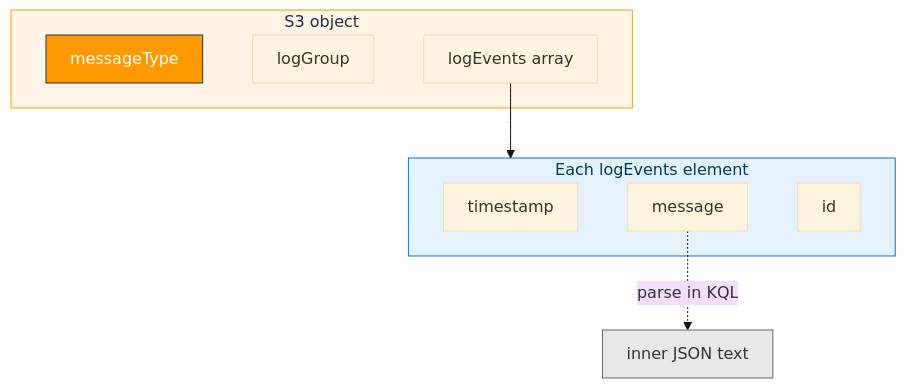
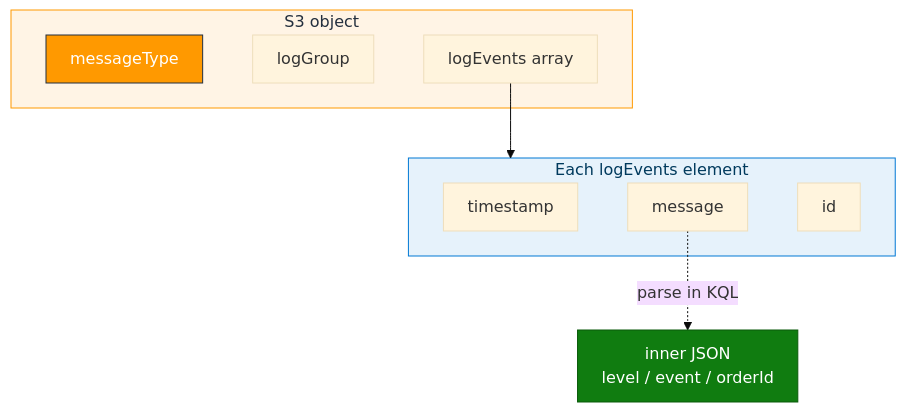
The second of 2 diagrams in Module_03_AWS_CloudWatch/03_CloudWatch_to_ADX_Concepts.md (atingupta2005/adx-aws-training-aug-26), drawn with Mermaid before and after one commit. The commit also changed other lines of this file and 8 other files, not shown here.

````diff
--- a/Module_03_AWS_CloudWatch/03_CloudWatch_to_ADX_Concepts.md
+++ b/Module_03_AWS_CloudWatch/03_CloudWatch_to_ADX_Concepts.md
@@ -42,20 +42,20 @@
 ```mermaid
 %%{init: {"theme":"base","flowchart":{"htmlLabels":true,"padding":12}}}%%
 flowchart TB
   subgraph s3file [S3 object]
     MT["messageType"]
     LG["logGroup"]
     LE["logEvents array"]
   end
   subgraph event [Each logEvents element]
     TS["timestamp"]
     MSG["message"]
     ID["id"]
   end
   LE --> event
-  MSG -.->|"parse in KQL"| INNER["inner JSON text"]
+  MSG -.->|"parse in KQL"| INNER["inner JSON<br/>level / event / orderId"]
   style s3file fill:#FFF4E5,stroke:#FF9900,color:#232F3E
   style event fill:#E6F2FB,stroke:#0078D4,color:#003A5D
   style MT fill:#FF9900,stroke:#232F3E,color:#fff
-  style INNER fill:#E8E8E8,stroke:#666,color:#333
+  style INNER fill:#107C10,stroke:#0B5A0B,color:#fff
 ```
````
